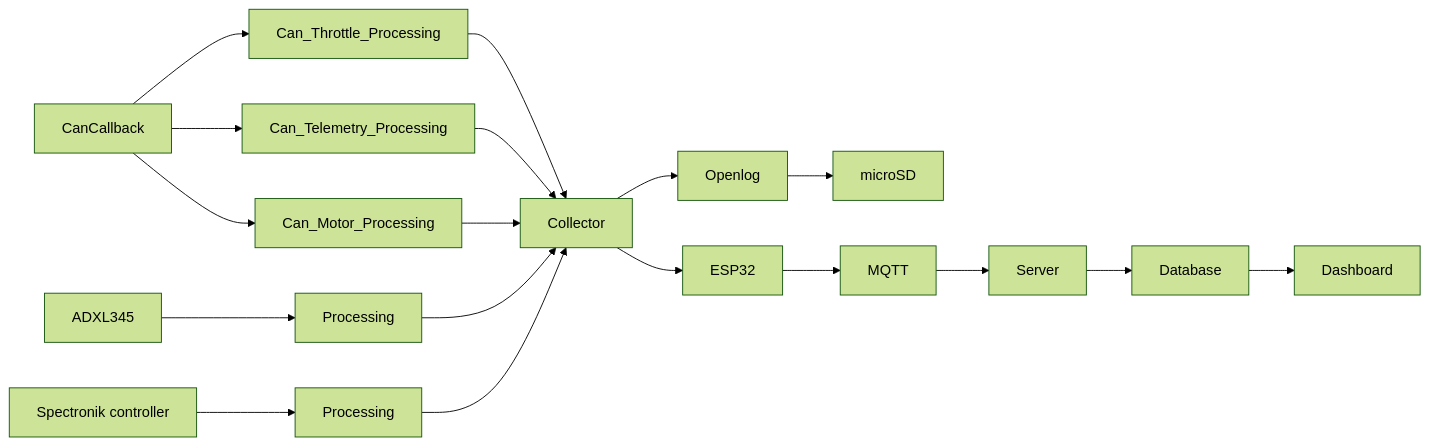
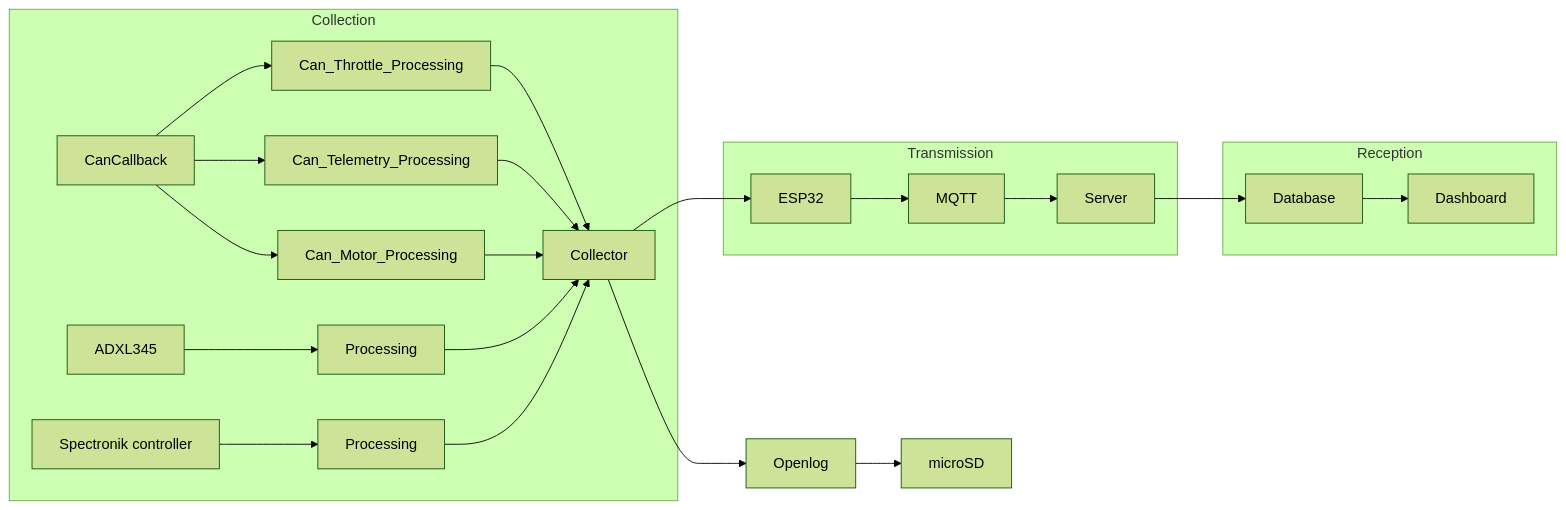
The second of 2 diagrams in Home.adoc (Svdwege/wikiWip), drawn with Mermaid (forest theme) before and after one commit. The commit also changed other lines of this file and 7 other files, not shown here.

Commit message:
docs: added contact info and fixed some grammatical problems and graphs

```diff
--- a/Home.adoc
+++ b/Home.adoc
@@ -37,29 +43,37 @@
 [mermaid]
 ----
+
 graph LR
+    
+    subgraph Collection
+        ADXL[ADXL345] --> P1[Processing]
+        Spc[Spectronik controller]--> P2[Processing]
 
-    ADXL[ADXL345] --> P1[Processing]
-    Spc[Spectronik controller]--> P2[Processing]
+        cb[CanCallback] --> Can_Throttle_Processing
+        cb[CanCallback] --> Can_Telemetry_Processing
+        cb[CanCallback] --> Can_Motor_Processing
 
-    cb[CanCallback] --> Can_Throttle_Processing
-    cb[CanCallback] --> Can_Telemetry_Processing
-    cb[CanCallback] --> Can_Motor_Processing
+        Can_Throttle_Processing  --> Collect
+        Can_Telemetry_Processing --> Collect
+        Can_Motor_Processing     --> Collect
 
-    Can_Throttle_Processing  --> Collect
-    Can_Telemetry_Processing --> Collect
-    Can_Motor_Processing     --> Collect
+        P1 --> Collect[Collector]
+        P2 --> Collect
 
-    P1 --> Collect[Collector]
-    P2 --> Collect
 
-    Collect --> ESP32
+    end
     Collect --> Openlog
-
     Openlog --> microSD
 
-    ESP32 --> MQTT
-    MQTT --> Server
-    Server --> Database
-    Database --> Dashboard
+    subgraph Transmission
+        Collect --> ESP32
+        ESP32 --> MQTT
+        MQTT --> Server
+    end
 
+
+    subgraph Reception
+        Server --> Database
+        Database --> Dashboard
+    end
 ----
```
